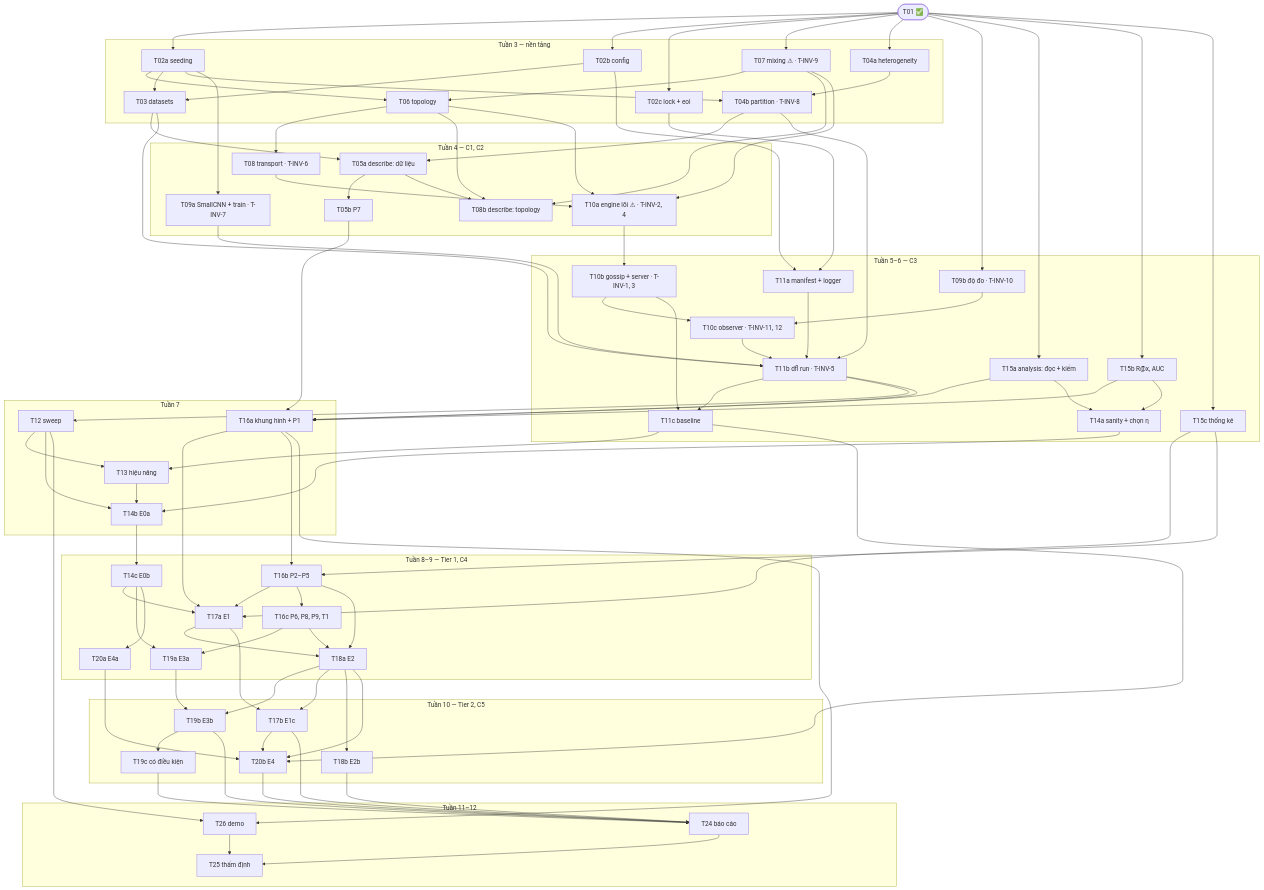
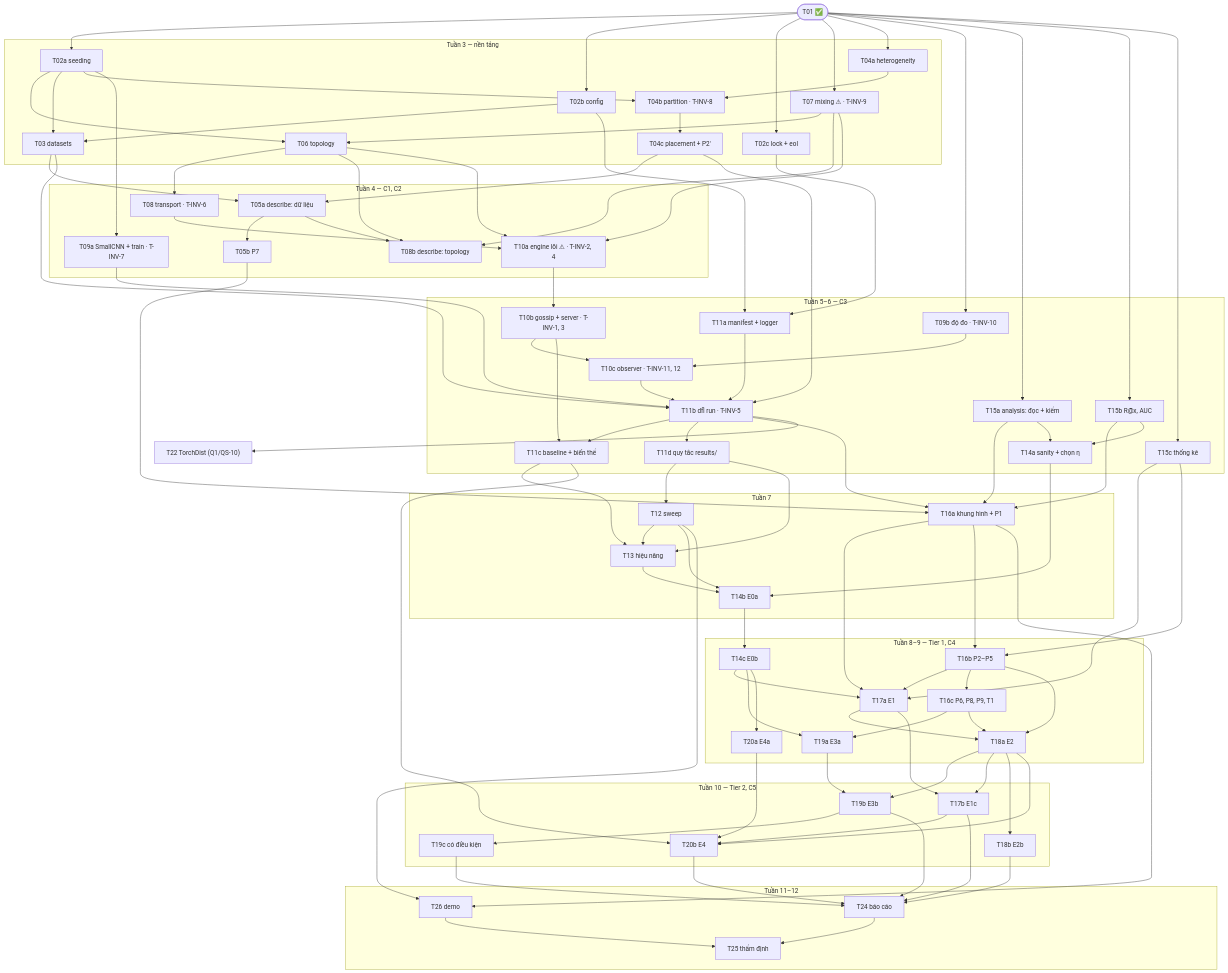
One commit to vytranly/DFL changed the diagram in tasks/plan.md. Above: the diagram before and after it, drawn with Mermaid. The commit also changed other lines of this file and 2 other files, not shown here.

````diff
--- a/tasks/plan.md
+++ b/tasks/plan.md
@@ -55,67 +55,69 @@
 ```mermaid
 flowchart TB
   T01(["T01 ✅"])
   subgraph W3["Tuần 3 — nền tảng"]
     T02a["T02a seeding"]; T02b["T02b config"]; T02c["T02c lock + eol"]
     T07["T07 mixing ⚠ · T-INV-9"]; T06["T06 topology"]
-    T04a["T04a heterogeneity"]; T03["T03 datasets"]; T04b["T04b partition · T-INV-8"]
+    T04a["T04a heterogeneity"]; T03["T03 datasets"]; T04b["T04b partition · T-INV-8"]; T04c["T04c placement + P2'"]
   end
   subgraph W4["Tuần 4 — C1, C2"]
     T05a["T05a describe: dữ liệu"]; T05b["T05b P7"]
     T08["T08 transport · T-INV-6"]; T08b["T08b describe: topology"]
     T10a["T10a engine lõi ⚠ · T-INV-2, 4"]; T09a["T09a SmallCNN + train · T-INV-7"]
   end
   subgraph W56["Tuần 5–6 — C3"]
     T09b["T09b độ đo · T-INV-10"]; T10b["T10b gossip + server · T-INV-1, 3"]
     T10c["T10c observer · T-INV-11, 12"]; T11a["T11a manifest + logger"]
-    T11b["T11b dfl run · T-INV-5"]; T11c["T11c baseline"]
+    T11b["T11b dfl run · T-INV-5"]; T11d["T11d quy tắc results/"]; T11c["T11c baseline + biến thể"]
     T15a["T15a analysis: đọc + kiểm"]; T15b["T15b R@x, AUC"]; T15c["T15c thống kê"]; T14a["T14a sanity + chọn η"]
   end
   subgraph W7["Tuần 7"]
     T12["T12 sweep"]; T13["T13 hiệu năng"]; T16a["T16a khung hình + P1"]; T14b["T14b E0a"]
   end
   subgraph W89["Tuần 8–9 — Tier 1, C4"]
     T14c["T14c E0b"]; T17a["T17a E1"]; T19a["T19a E3a"]; T20a["T20a E4a"]; T16b["T16b P2–P5"]; T16c["T16c P6, P8, P9, T1"]; T18a["T18a E2"]
   end
   subgraph W10["Tuần 10 — Tier 2, C5"]
     T19b["T19b E3b"]; T17b["T17b E1c"]; T20b["T20b E4"]; T18b["T18b E2b"]; T19c["T19c có điều kiện"]
   end
   subgraph W11["Tuần 11–12"]
     T26["T26 demo"]; T24["T24 báo cáo"]; T25["T25 thẩm định"]
   end
   T01 --> T02a & T02b & T02c & T07 & T04a & T09b & T15a & T15b & T15c
   T02a --> T06 & T03 & T04b & T09a
   T02b --> T03 & T11a
   T02c --> T11a
   T07 --> T06 & T08b & T10a
   T06 --> T08 & T08b & T10a
-  T04a --> T04b
+  T04a --> T04b --> T04c
   T03 --> T05a & T11b
-  T04b --> T05a & T11b
+  T04c --> T05a & T11b
   T05a --> T05b & T08b
   T08 --> T10a
   T10a --> T10b --> T10c
   T09b --> T10c
   T10b --> T11c
   T09a & T10c & T11a --> T11b
-  T11b --> T11c & T12 & T16a
+  T11b --> T11c & T11d & T16a
+  T11d --> T12 & T13
+  T11b --> T22["T22 TorchDist (Q1/QS-10)"]
   T11c --> T13
   T12 --> T13
   T05b & T15a & T15b --> T16a
   T15a & T15b --> T14a
   T12 & T13 & T14a --> T14b --> T14c
   T14c --> T17a & T19a & T20a
   T15c & T16a & T16b --> T17a
   T16a & T15c --> T16b --> T16c
   T16c --> T19a & T18a
   T16b --> T18a
   T17a --> T18a
   T18a --> T19b & T17b & T18b
   T19a --> T19b
   T17a --> T17b
   T20a & T17b & T18a & T11c --> T20b
   T19b --> T19c
   T19b & T17b & T20b & T18b & T19c --> T24
   T12 & T16a --> T26
   T24 & T26 --> T25
 ```
````
